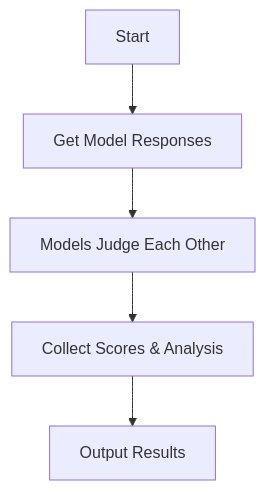
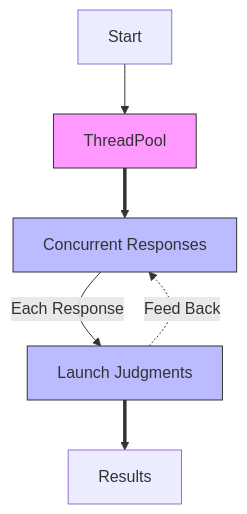
One commit to wakamex/llm-judge changed the diagram in README.md. Above: the diagram before and after it, drawn with Mermaid. The commit also changed other lines of this file and 1 other file, not shown here.

Commit message:
improve concurrency and prompt

````diff
--- a/README.md
+++ b/README.md
@@ -13,7 +13,12 @@
 ```mermaid
 flowchart TD
-    A[Start] --> B[Get Model Responses]
-    B --> C[Models Judge Each Other]
-    C --> D[Collect Scores & Analysis]
-    D --> E[Output Results]
+    A[Start] --> B[ThreadPool]
+    B ==> C[Concurrent Responses]
+    C --> |Each Response| D[Launch Judgments]
+    D -.->|Feed Back|C
+    D ==> E[Results]
+    
+    style B fill:#f9f,stroke:#333
+    style C fill:#bbf,stroke:#333
+    style D fill:#bbf,stroke:#333
 ```
````
